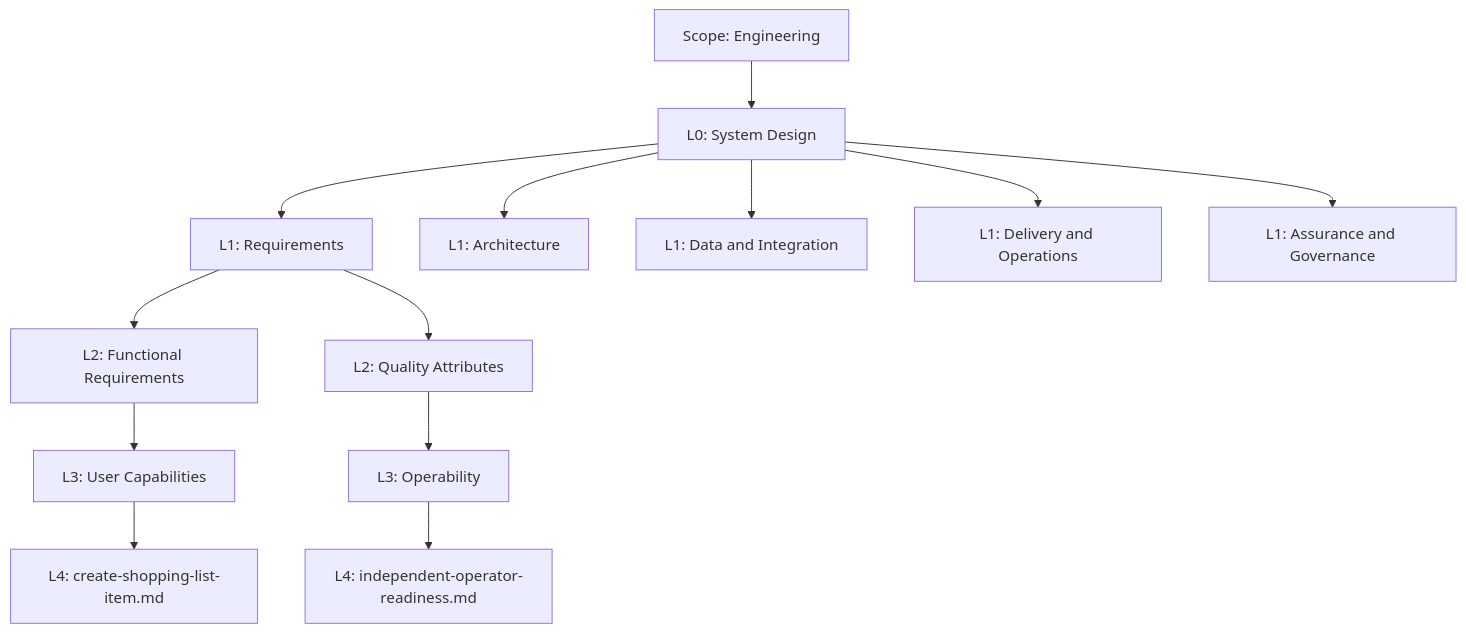
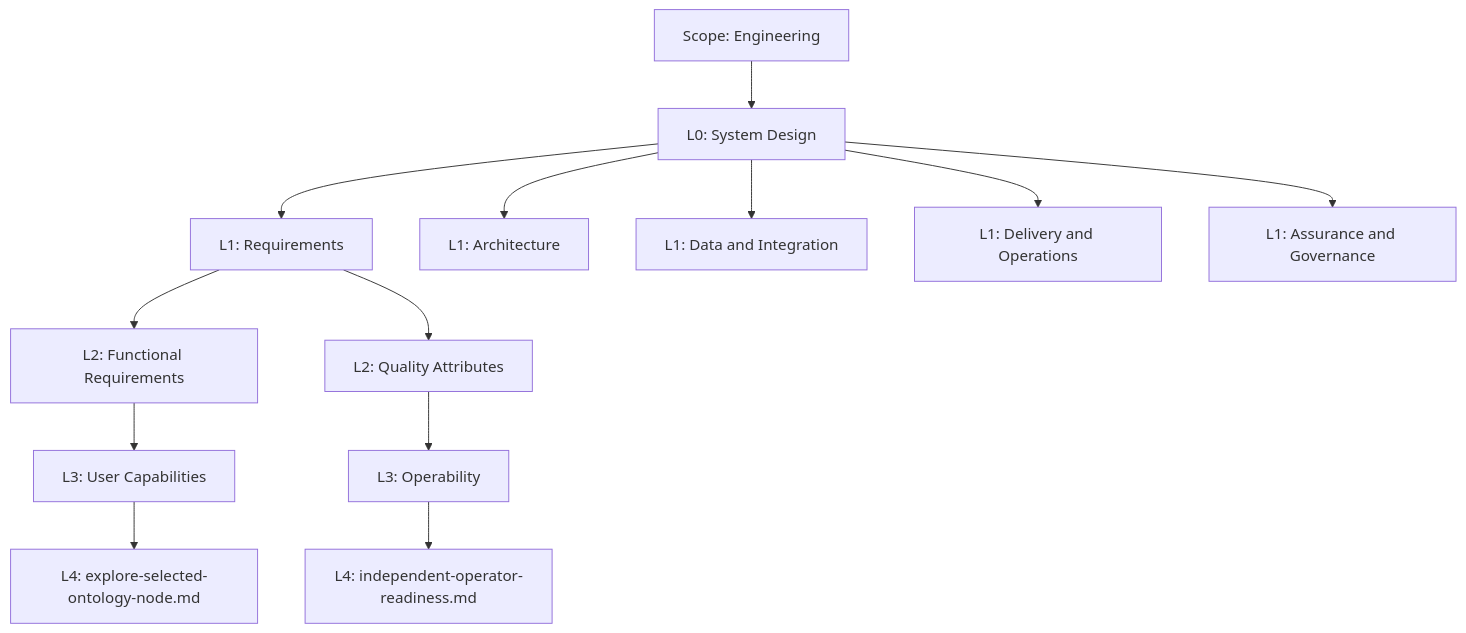
One commit to devcamos/reality-orbit changed the diagram in docs/engineering/system-design/system-design_readme.md. Above: the diagram before and after it, drawn with Mermaid. The commit also changed other lines of this file and 2 other files, not shown here.

Commit message:
Point System Design docs at the Orbit Explore L4 example.

````diff
--- a/docs/engineering/system-design/system-design_readme.md
+++ b/docs/engineering/system-design/system-design_readme.md
@@ -13,18 +13,18 @@
 ```mermaid
 flowchart TD
     S["Scope: Engineering"] --> SD["L0: System Design"]
 
     SD --> R["L1: Requirements"]
     R --> FR["L2: Functional Requirements"]
     FR --> UC["L3: User Capabilities"]
-    UC --> F1["L4: create-shopping-list-item.md"]
+    UC --> F1["L4: explore-selected-ontology-node.md"]
 
     R --> QA["L2: Quality Attributes"]
     QA --> OP["L3: Operability"]
     OP --> Q1["L4: independent-operator-readiness.md"]
 
     SD --> A["L1: Architecture"]
     SD --> D["L1: Data and Integration"]
     SD --> O["L1: Delivery and Operations"]
     SD --> G["L1: Assurance and Governance"]
 ```
````
